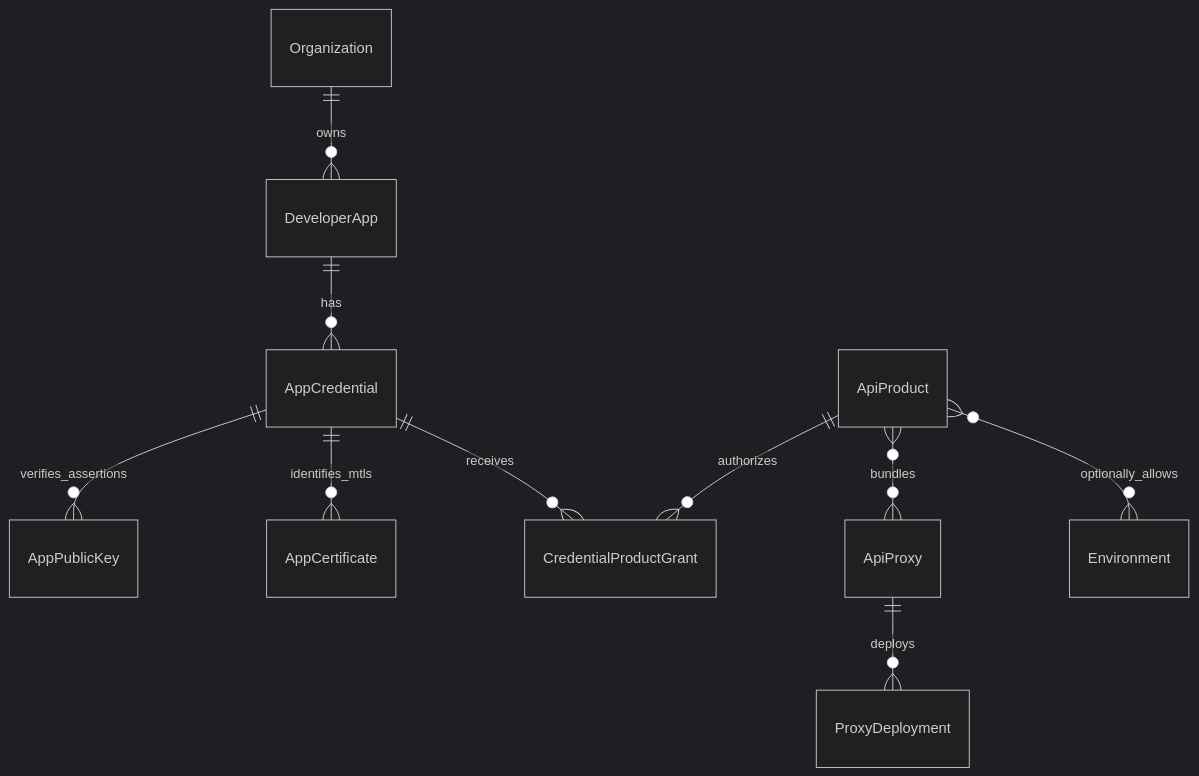
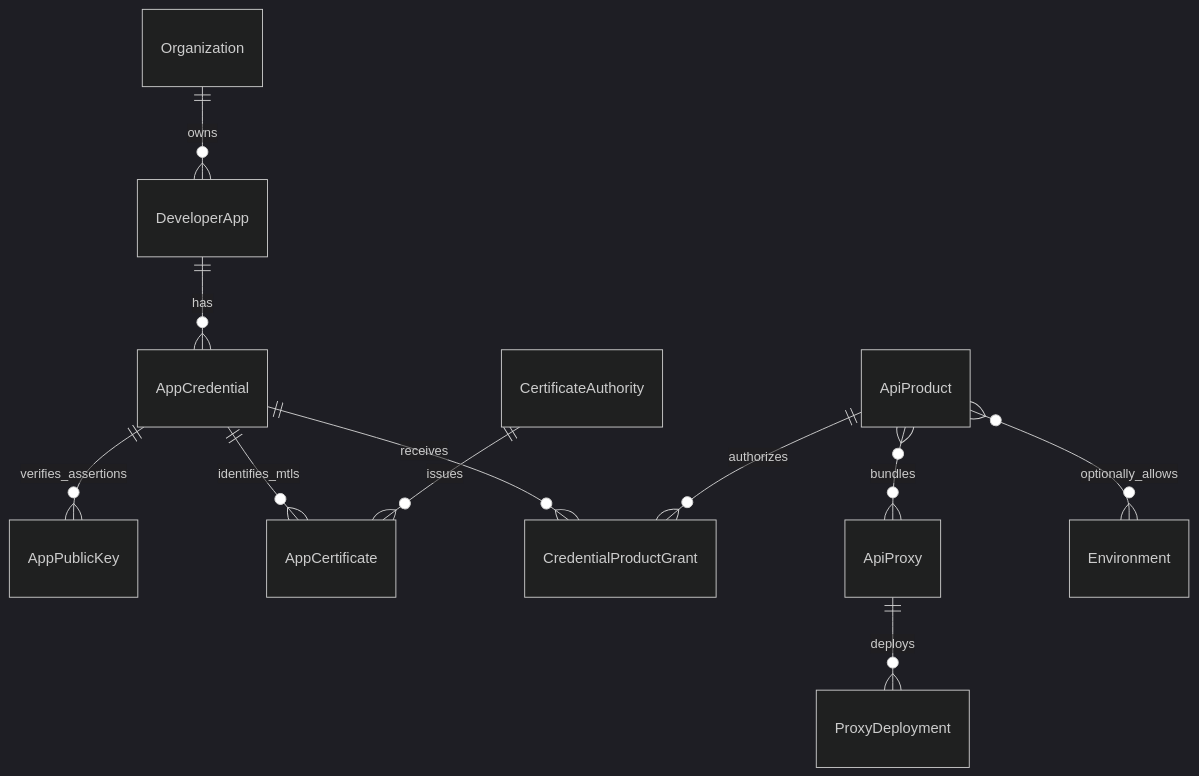
Before and after one commit to c4rl0s04/api-gateway-platform: the first of 6 diagrams in docs/02-architecture/Authentication and Authorization.md, drawn with Mermaid (dark theme). The commit also changed other lines of this file and 16 other files, not shown here.

Commit message:
docs(mtls): document multi-client pki architecture

````diff
--- a/docs/02-architecture/Authentication and Authorization.md
+++ b/docs/02-architecture/Authentication and Authorization.md
@@ -39,12 +40,13 @@
 ```mermaid
 erDiagram
   Organization ||--o{ DeveloperApp : owns
   DeveloperApp ||--o{ AppCredential : has
   AppCredential ||--o{ AppPublicKey : verifies_assertions
   AppCredential ||--o{ AppCertificate : identifies_mtls
+  CertificateAuthority ||--o{ AppCertificate : issues
   AppCredential ||--o{ CredentialProductGrant : receives
   ApiProduct ||--o{ CredentialProductGrant : authorizes
   ApiProduct }o--o{ ApiProxy : bundles
   ApiProduct }o--o{ Environment : optionally_allows
   ApiProxy ||--o{ ProxyDeployment : deploys
 ```
````
